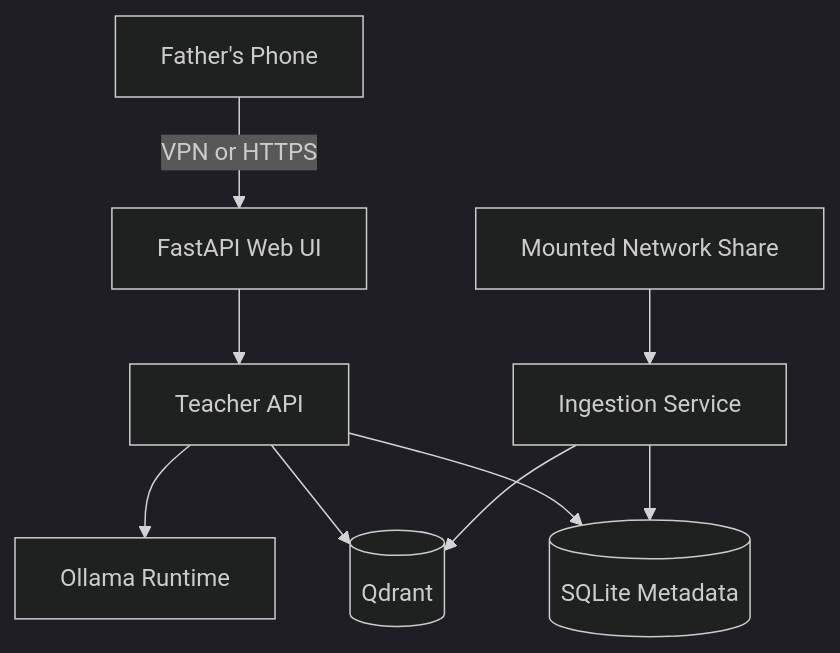
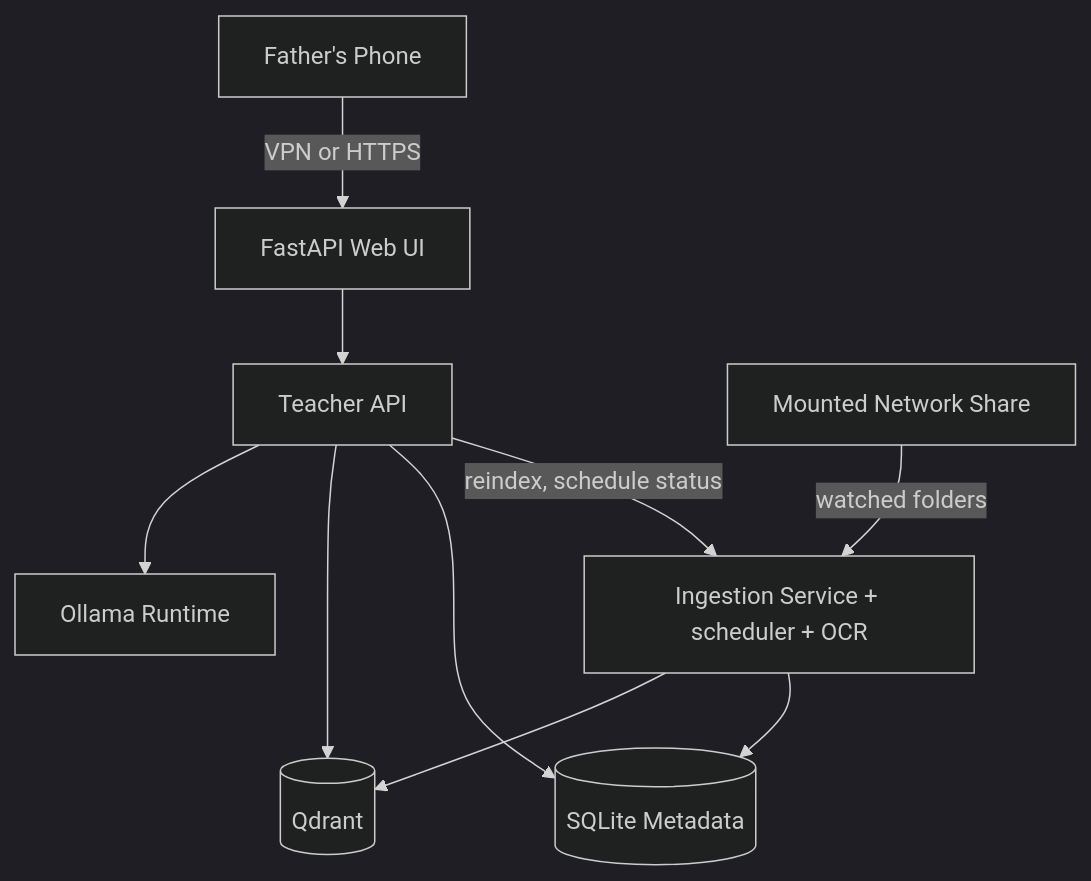
Before and after one commit to ninemate/ai-teacher: the diagram in README.md, drawn with Mermaid (dark theme). The commit also changed other lines of this file and 23 other files, not shown here.

````diff
--- a/README.md
+++ b/README.md
@@ -95,11 +101,12 @@
 ```mermaid
 flowchart TD
   Phone[Father's Phone] -->|VPN or HTTPS| UI[FastAPI Web UI]
   UI --> API[Teacher API]
   API --> OLLAMA[Ollama Runtime]
   API --> QDRANT[(Qdrant)]
   API --> SQLITE[(SQLite Metadata)]
-  Share[Mounted Network Share] --> INGEST[Ingestion Service]
+  API -->|reindex, schedule status| INGEST
+  Share[Mounted Network Share] -->|watched folders| INGEST[Ingestion Service + scheduler + OCR]
   INGEST --> QDRANT
   INGEST --> SQLITE
 ```
````
